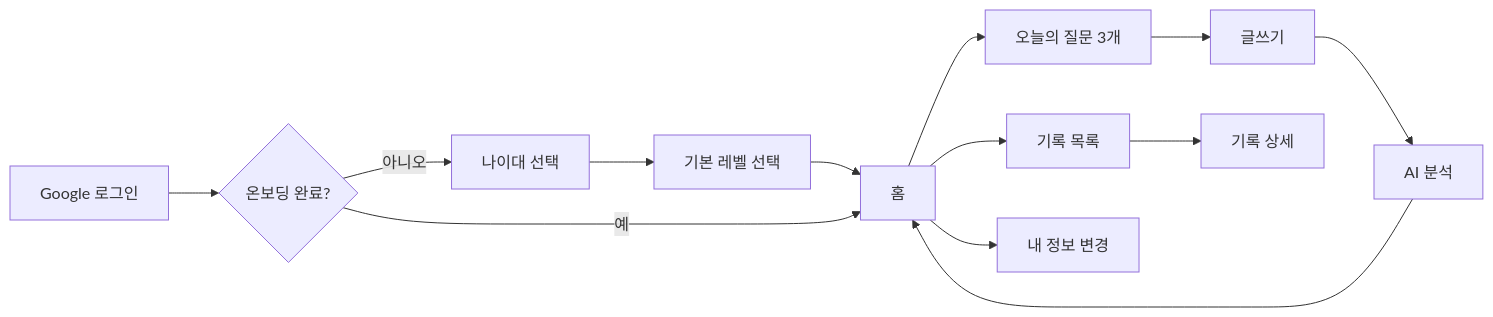
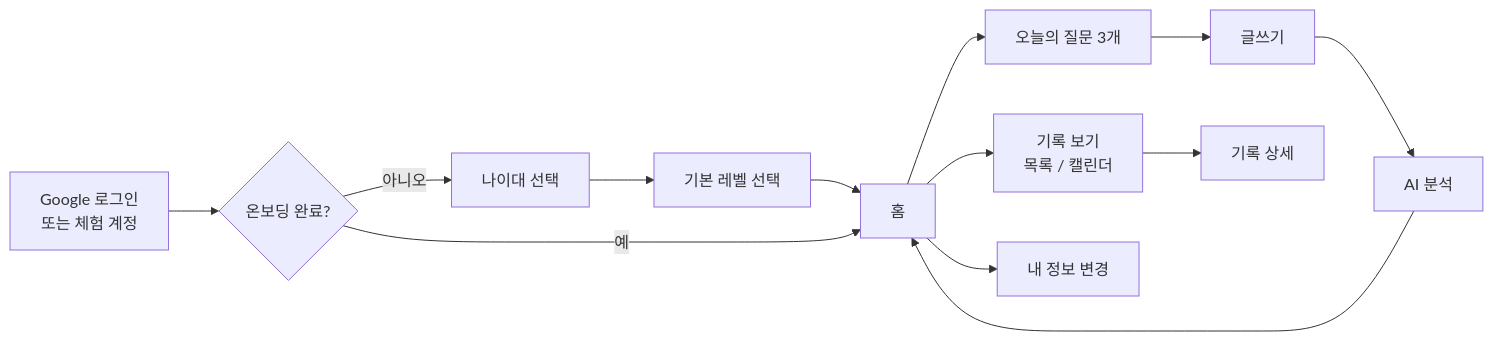
The first of 3 diagrams in README.md (jin-dooly/dear-mind), drawn with Mermaid before and after one commit. The commit also changed other lines of this file and 9 other files, not shown here.

Commit message:
docs: README 기획 배경·페르소나·스크린샷과 체험 계정 안내 추가 - 기획서를 바탕으로 문제 정의, 타깃 사용자, 페르소나, 레벨 체계, 디자인 컨셉 정리 - 기술 스택을 고른 이유와 시스템 구조 다이어그램 추가 - 화면 스크린샷 9장(docs/screenshots) 추가 - 진행 상황·앞으로 할 일 섹션 제거

````diff
--- a/README.md
+++ b/README.md
@@ -44,9 +122,9 @@
 ```mermaid
 flowchart LR
-  A[Google 로그인] --> B{온보딩 완료?}
+  A[Google 로그인<br/>또는 체험 계정] --> B{온보딩 완료?}
   B -- 아니오 --> C[나이대 선택] --> D[기본 레벨 선택] --> E
   B -- 예 --> E[홈]
   E --> F[오늘의 질문 3개] --> G[글쓰기] --> H[AI 분석] --> E
-  E --> I[기록 목록] --> J[기록 상세]
+  E --> I[기록 보기<br/>목록 / 캘린더] --> J[기록 상세]
   E --> K[내 정보 변경]
 ```
````
